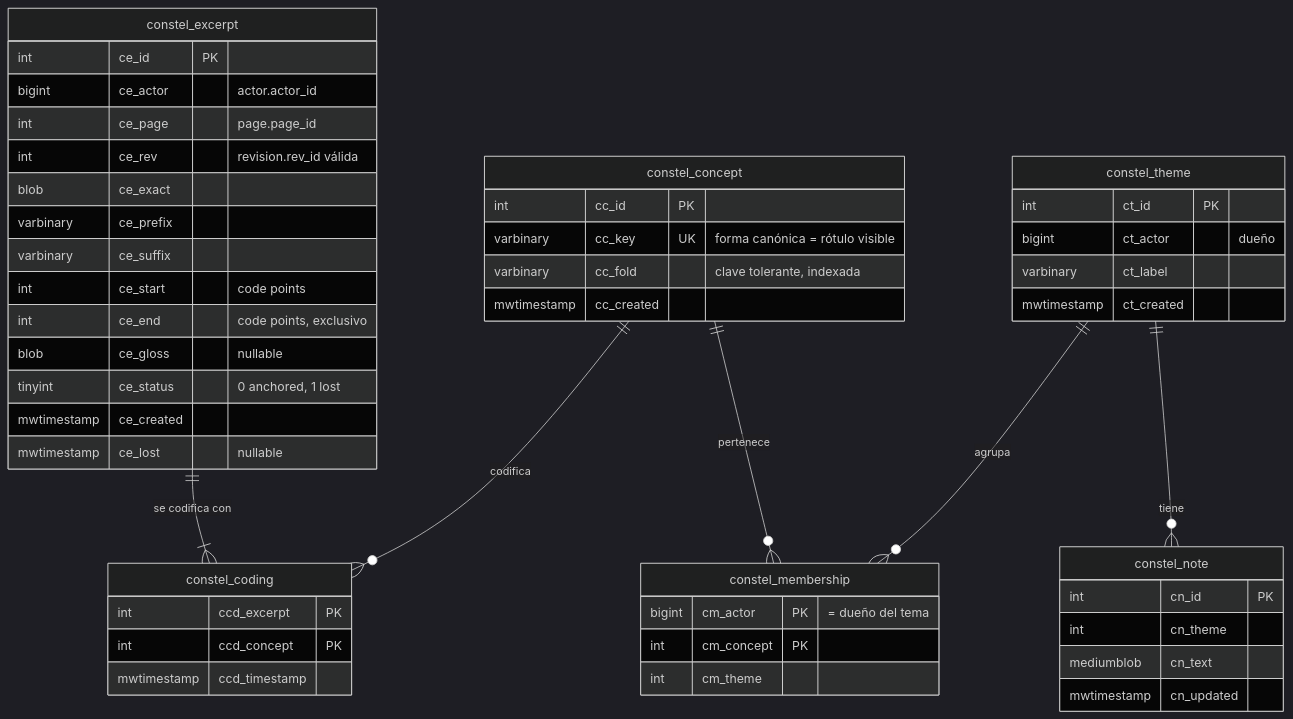
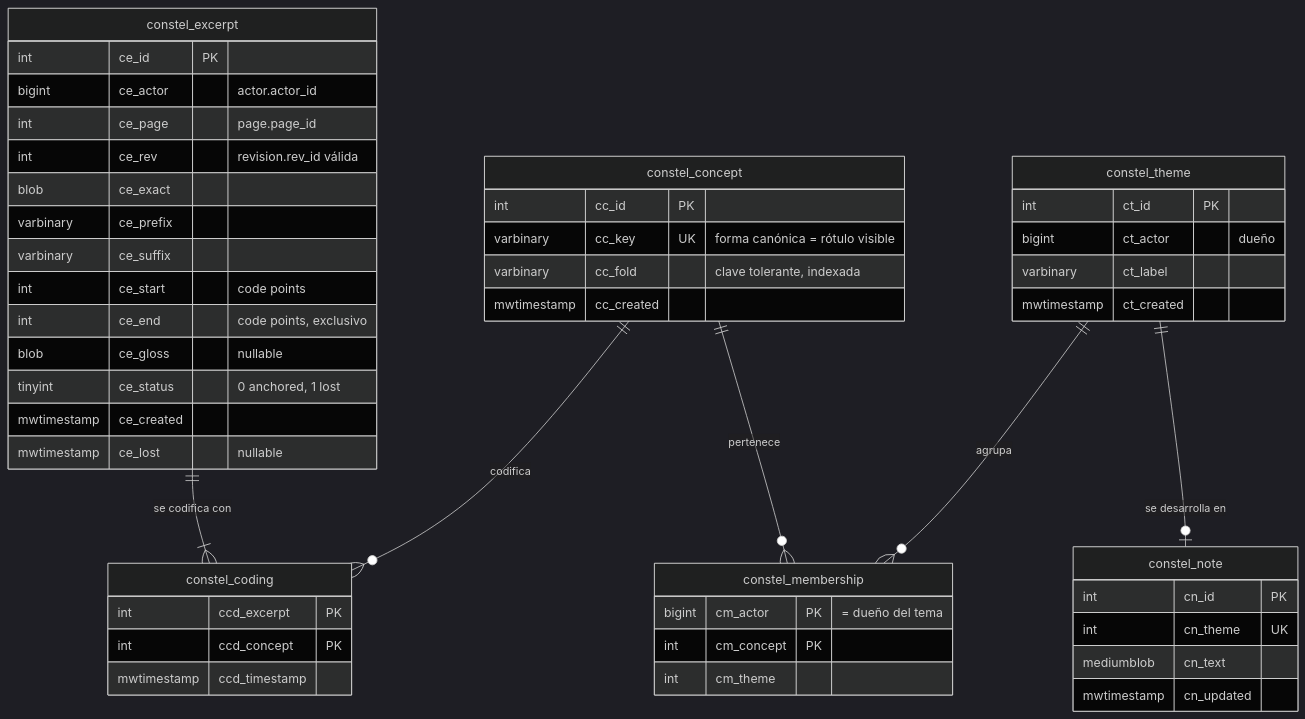
Before and after one commit to eadpucv/casiopea-constel: the fourth of 9 diagrams in docs/ARCHITECTURE.md, drawn with Mermaid (dark theme). The commit also changed other lines of this file and 39 other files, not shown here.

````diff
--- a/docs/ARCHITECTURE.md
+++ b/docs/ARCHITECTURE.md
@@ -241,52 +241,52 @@
 ```mermaid
 erDiagram
     constel_concept {
         int cc_id PK
         varbinary cc_key UK "forma canónica = rótulo visible"
         varbinary cc_fold "clave tolerante, indexada"
         mwtimestamp cc_created
     }
     constel_excerpt {
         int ce_id PK
         bigint ce_actor "actor.actor_id"
         int ce_page "page.page_id"
         int ce_rev "revision.rev_id válida"
         blob ce_exact
         varbinary ce_prefix
         varbinary ce_suffix
         int ce_start "code points"
         int ce_end "code points, exclusivo"
         blob ce_gloss "nullable"
         tinyint ce_status "0 anchored, 1 lost"
         mwtimestamp ce_created
         mwtimestamp ce_lost "nullable"
     }
     constel_coding {
         int ccd_excerpt PK
         int ccd_concept PK
         mwtimestamp ccd_timestamp
     }
     constel_theme {
         int ct_id PK
         bigint ct_actor "dueño"
         varbinary ct_label
         mwtimestamp ct_created
     }
     constel_membership {
         bigint cm_actor PK "= dueño del tema"
         int cm_concept PK
         int cm_theme
     }
     constel_note {
         int cn_id PK
-        int cn_theme
+        int cn_theme UK
         mediumblob cn_text
         mwtimestamp cn_updated
     }
 
     constel_excerpt ||--|{ constel_coding : "se codifica con"
     constel_concept ||--o{ constel_coding : "codifica"
     constel_theme ||--o{ constel_membership : "agrupa"
     constel_concept ||--o{ constel_membership : "pertenece"
-    constel_theme ||--o{ constel_note : "tiene"
+    constel_theme ||--o| constel_note : "se desarrolla en"
 ```
````
